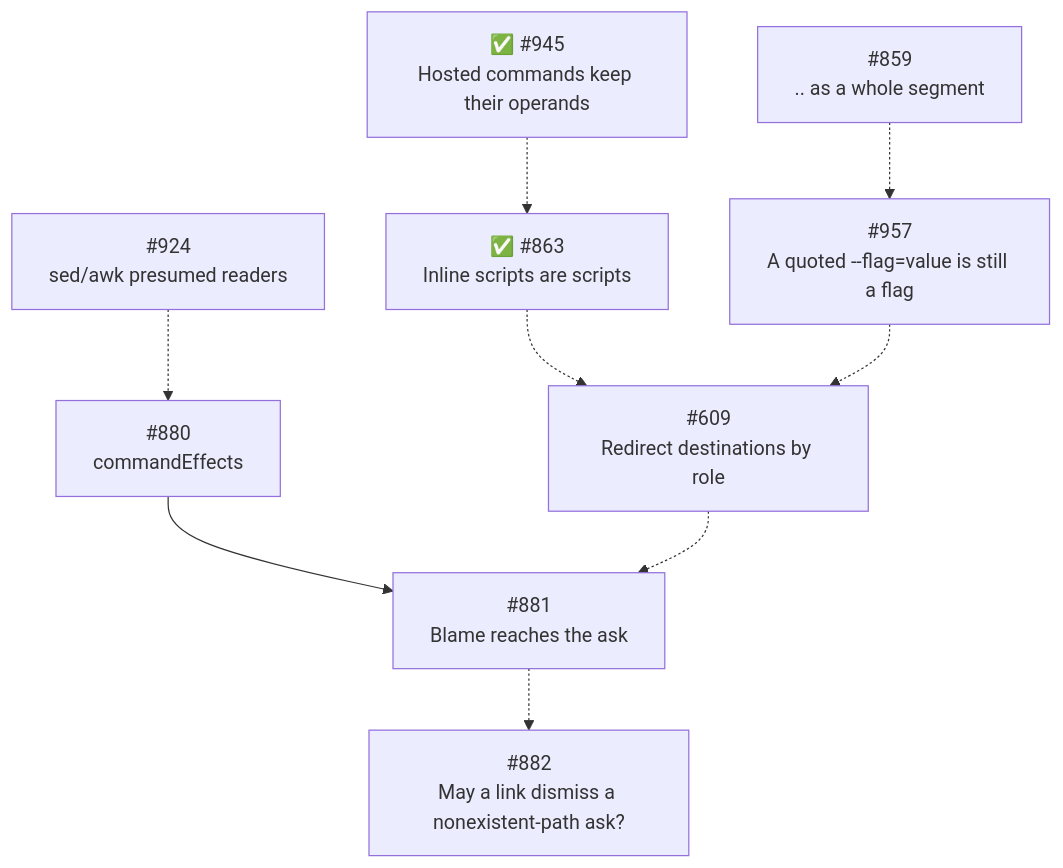
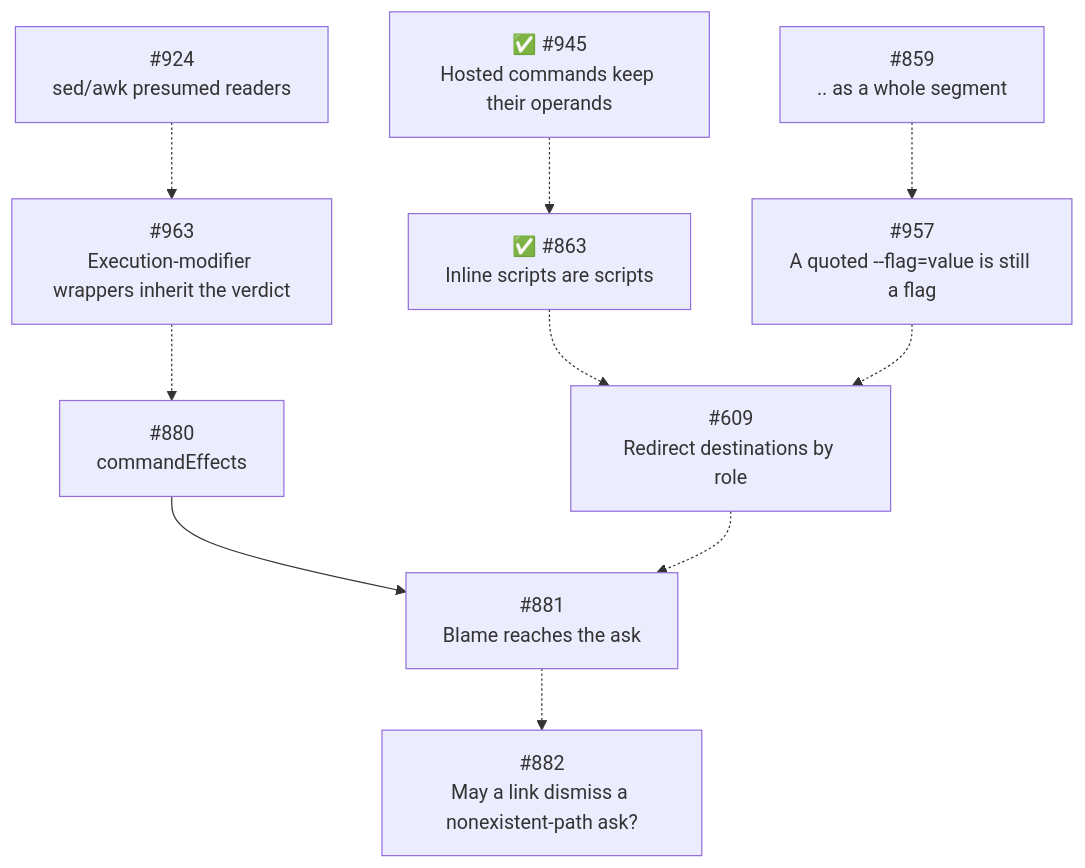
The fourth of 4 diagrams in packages/pi-permission-system/docs/architecture/architecture.md (Jopqior/gotgenes-pi-packages), drawn with Mermaid before and after one commit. The commit also changed other lines of this file, not shown here.

````diff
--- a/packages/pi-permission-system/docs/architecture/architecture.md
+++ b/packages/pi-permission-system/docs/architecture/architecture.md
@@ -1441,11 +1463,12 @@
 ```mermaid
 flowchart TD
     S945["✅ #945<br/>Hosted commands keep their operands"] -.-> S863["✅ #863<br/>Inline scripts are scripts"]
     S863 -.-> S609["#609<br/>Redirect destinations by role"]
     S859["#859<br/>.. as a whole segment"] -.-> S957["#957<br/>A quoted --flag=value is still a flag"]
     S957 -.-> S609
-    S924["#924<br/>sed/awk presumed readers"] -.-> S880["#880<br/>commandEffects"]
+    S924["#924<br/>sed/awk presumed readers"] -.-> S963["#963<br/>Execution-modifier wrappers inherit the verdict"]
+    S963 -.-> S880["#880<br/>commandEffects"]
     S880 --> S881["#881<br/>Blame reaches the ask"]
     S609 -.-> S881
     S881 -.-> S882["#882<br/>May a link dismiss a nonexistent-path ask?"]
 ```
````
